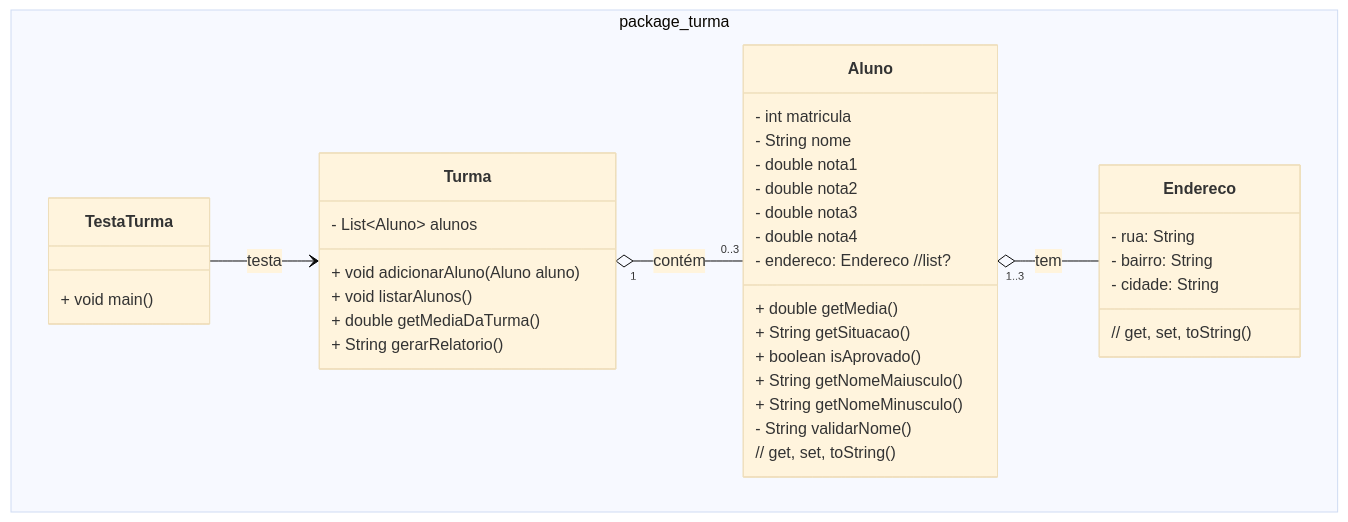
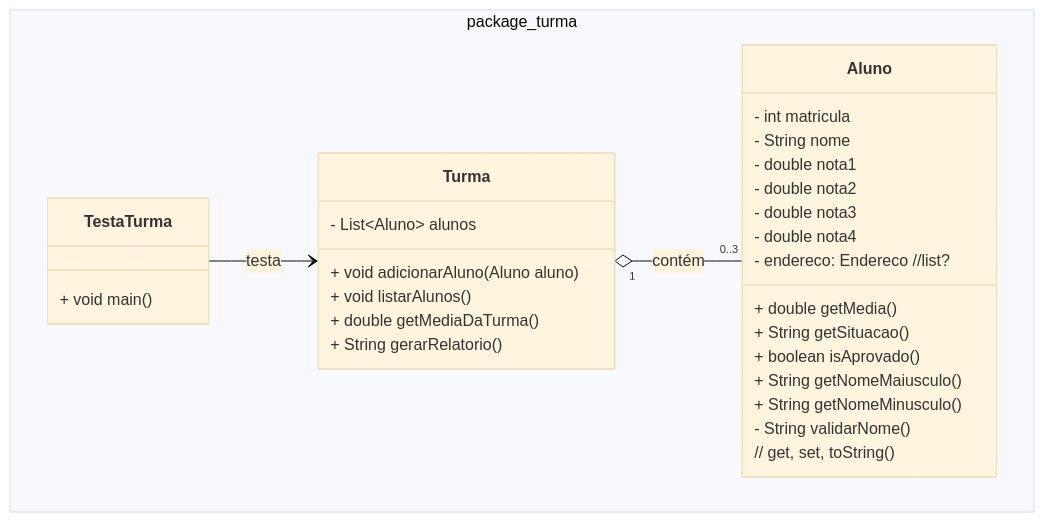
Before and after one commit to ap3ufersa/ap3_2026.1_xicoArruda: the first of 2 diagrams in unidade2/aula8.md, drawn with Mermaid (base theme). The commit also changed other lines of this file and 2 other files, not shown here.

First line of the commit message:
Add Estado enum and Endereco class

````diff
--- a/unidade2/aula8.md
+++ b/unidade2/aula8.md
@@ -19,43 +19,35 @@
 ```mermaid
 classDiagram
     namespace package_turma {
         class Aluno {
             - int matricula
             - String nome
             - double nota1
             - double nota2
             - double nota3
             - double nota4
             - endereco: Endereco //list?
             + double getMedia()
             + String getSituacao()
             + boolean isAprovado()
             + String getNomeMaiusculo()
             + String getNomeMinusculo()
             - String validarNome()
             // get, set, toString()
         }
 
-        class Endereco {
-            - rua: String
-            - bairro: String
-            - cidade: String
-            // get, set, toString()
-        }
-
         class Turma {
             - List~Aluno~ alunos
             + void adicionarAluno(Aluno aluno)
             + void listarAlunos()
             + double getMediaDaTurma()
             + String gerarRelatorio()
         }
 
         class TestaTurma {
             + void main()
         }
     }
-    Aluno "1..3" o-- Endereco : tem
     Turma "1" o-- "0..3" Aluno : contém
     TestaTurma --> Turma : testa
 ```
````
